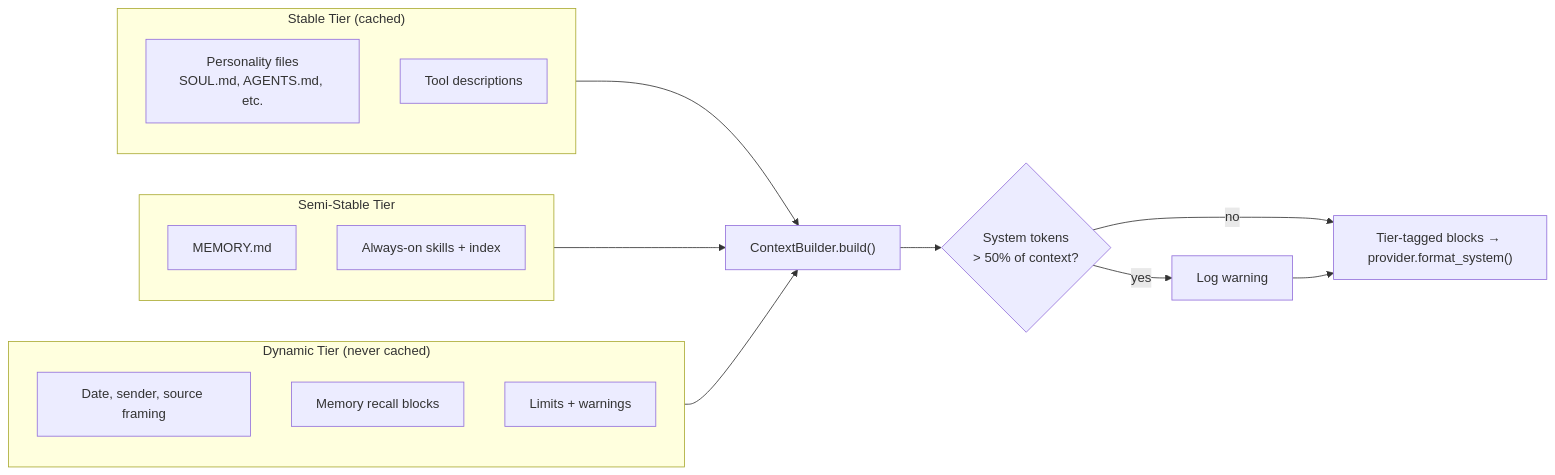
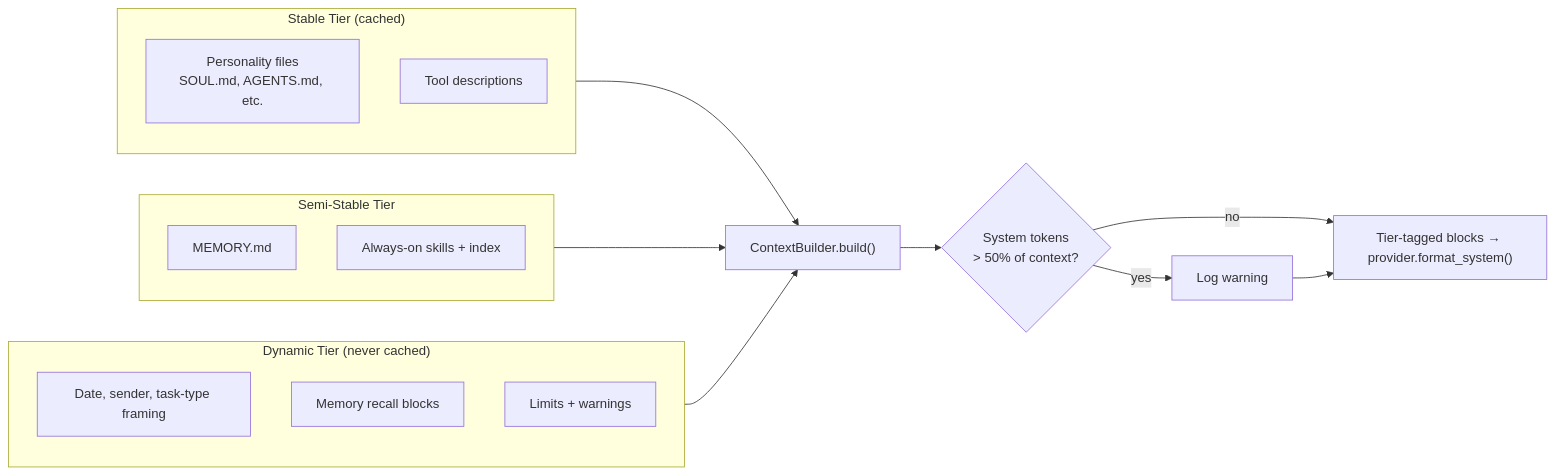
Before and after one commit to nicolasforstinger/lucyd: the third of 10 diagrams in docs/diagrams.md, drawn with Mermaid. The commit also changed other lines of this file, not shown here.

First line of the commit message:
Update architecture diagrams for current pipeline

````diff
--- a/docs/diagrams.md
+++ b/docs/diagrams.md
@@ -97,30 +109,30 @@
 ```mermaid
 flowchart LR
     subgraph Stable["Stable Tier (cached)"]
         PERSONA["Personality files<br/>SOUL.md, AGENTS.md, etc."]
         TOOL_DESC["Tool descriptions"]
     end
 
     subgraph Semi["Semi-Stable Tier"]
         MEMORY_MD["MEMORY.md"]
         SKILLS["Always-on skills + index"]
     end
 
     subgraph Dynamic["Dynamic Tier (never cached)"]
-        RUNTIME["Date, sender, source framing"]
+        RUNTIME["Date, sender, task-type framing"]
         RECALL["Memory recall blocks"]
         LIMITS["Limits + warnings"]
     end
 
     BUILD["ContextBuilder.build()"]
     CHECK{"System tokens<br/>> 50% of context?"}
     WARN["Log warning"]
     BLOCKS["Tier-tagged blocks → provider.format_system()"]
 
     Stable --> BUILD
     Semi --> BUILD
     Dynamic --> BUILD
     BUILD --> CHECK
     CHECK -->|no| BLOCKS
     CHECK -->|yes| WARN --> BLOCKS
 ```
````
